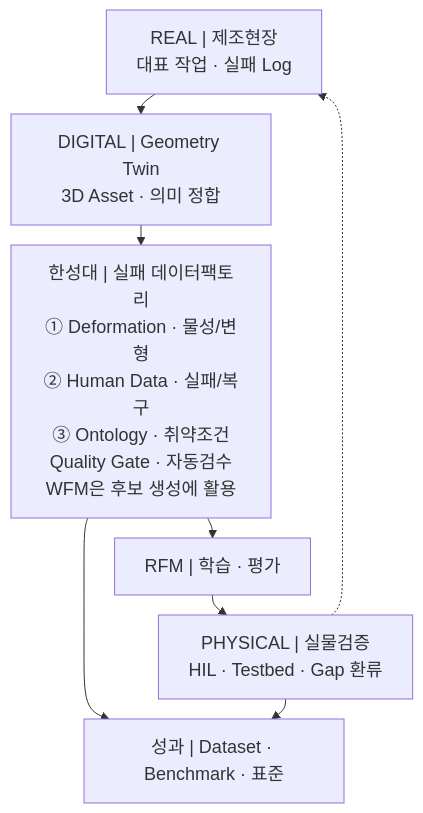
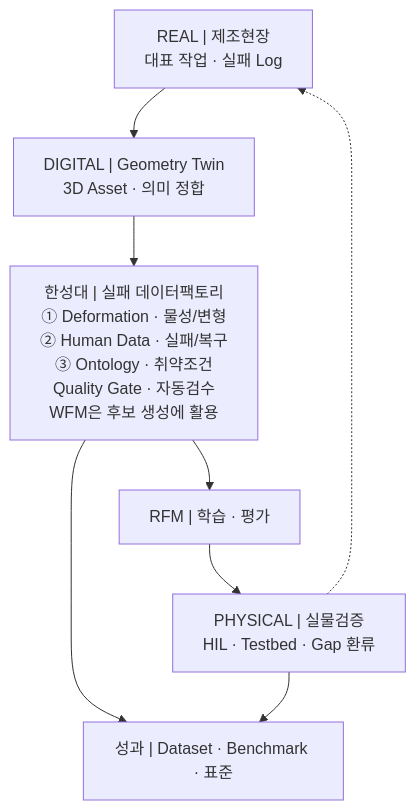
Before and after one commit to parclab-hsu/parclab-hsu.github.io: the second of 2 diagrams in homepage-src/docs/projects/manufacturing-data-factory-rfm/index.md, drawn with Mermaid. The commit also changed other lines of this file and 26 other files, not shown here.

````diff
--- a/homepage-src/docs/projects/manufacturing-data-factory-rfm/index.md
+++ b/homepage-src/docs/projects/manufacturing-data-factory-rfm/index.md
@@ -51,15 +50,14 @@
 ```mermaid
-%%{init: {"themeVariables": {"fontSize": "18px"}, "flowchart": {"nodeSpacing": 12, "rankSpacing": 20, "diagramPadding": 2}}}%%
 flowchart TB
     REAL["REAL | 제조현장<br/>대표 작업 · 실패 Log"]
     GEO["DIGITAL | Geometry Twin<br/>3D Asset · 의미 정합"]
     CORE["한성대 | 실패 데이터팩토리<br/>① Deformation · 물성/변형<br/>② Human Data · 실패/복구<br/>③ Ontology · 취약조건<br/>Quality Gate · 자동검수<br/>WFM은 후보 생성에 활용"]
     RFM["RFM | 학습 · 평가"]
     TEST["PHYSICAL | 실물검증<br/>HIL · Testbed · Gap 환류"]
     OUTPUT["성과 | Dataset · Benchmark · 표준"]
 
     REAL --> GEO --> CORE --> RFM --> TEST
     CORE --> OUTPUT
     TEST --> OUTPUT
     TEST -.-> REAL
 ```
````
